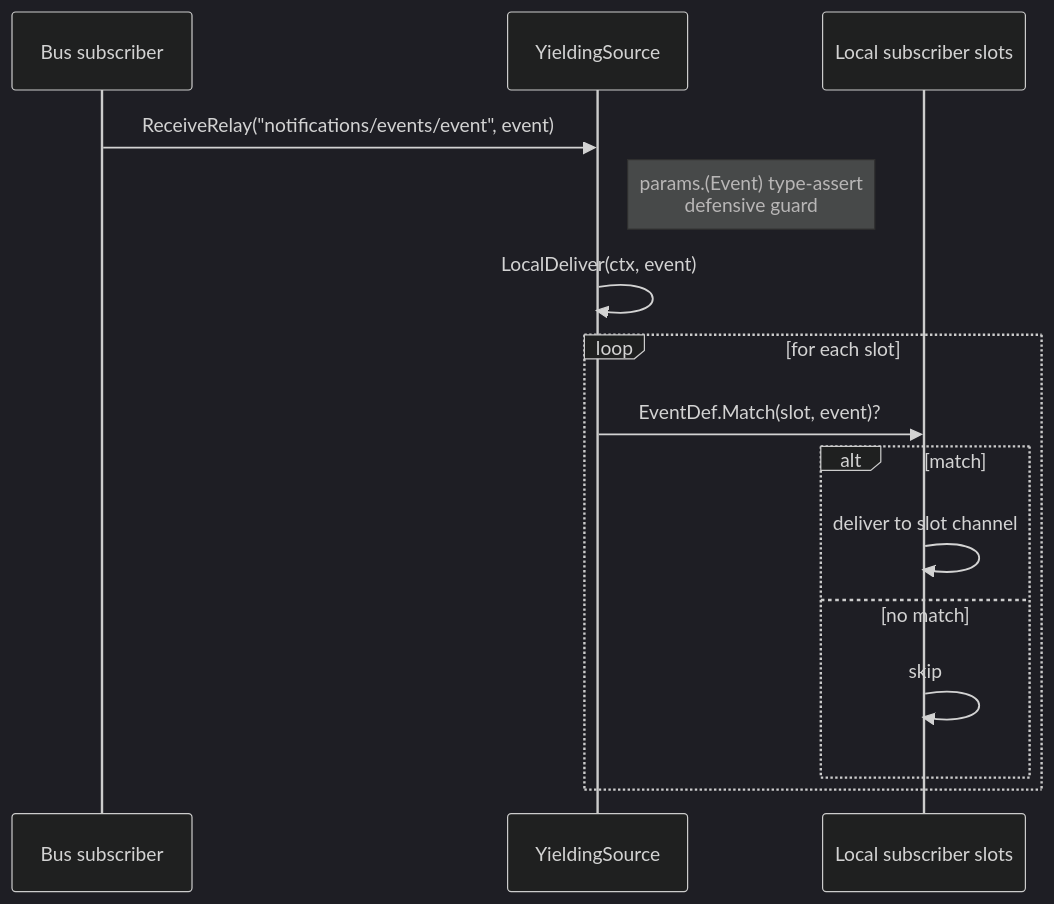
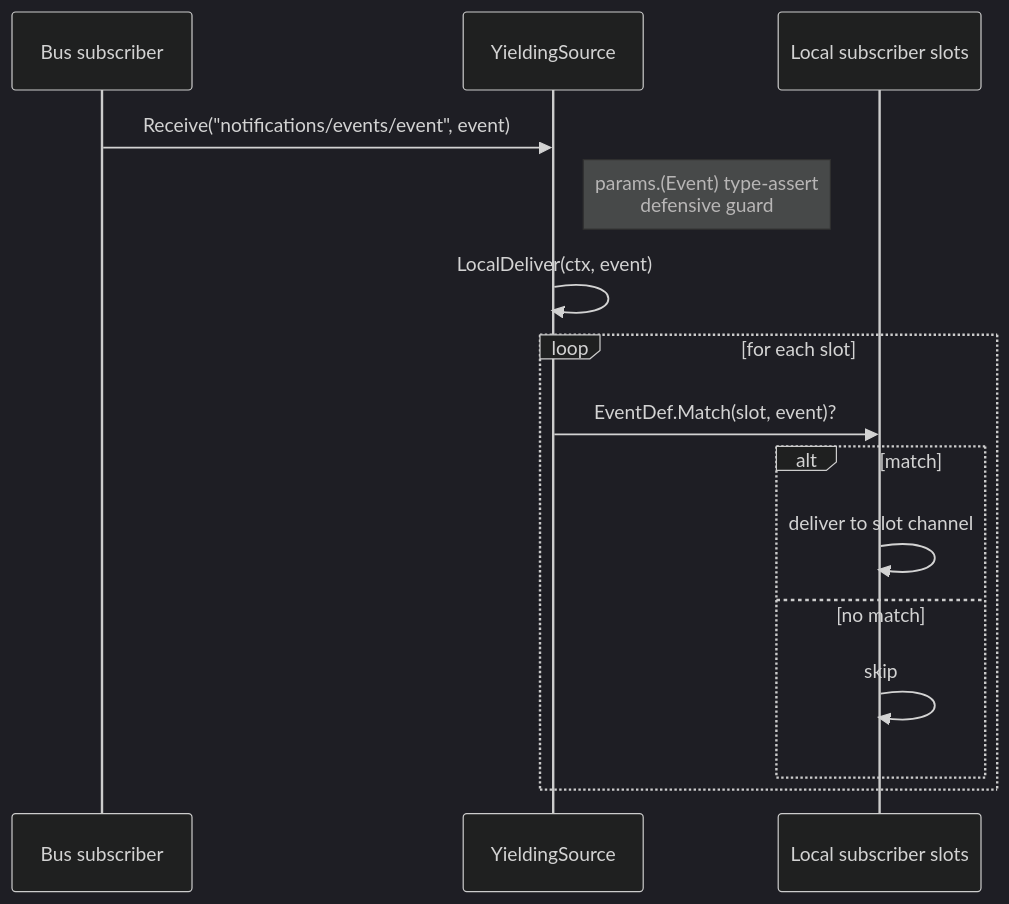
One commit to panyam/mcpkit changed the tenth of 22 diagrams in docs/MULTI_REPLICA.md. Above: the diagram before and after it, drawn with Mermaid (dark theme). The commit also changed other lines of this file and 15 other files, not shown here.

````diff
--- a/docs/MULTI_REPLICA.md
+++ b/docs/MULTI_REPLICA.md
@@ -271,18 +271,18 @@
 ```mermaid
 sequenceDiagram
     participant Bus as Bus subscriber
     participant Src as YieldingSource
     participant Slots as Local subscriber slots
 
-    Bus->>Src: ReceiveRelay("notifications/events/event", event)
+    Bus->>Src: Receive("notifications/events/event", event)
     Note right of Src: params.(Event) type-assert<br/>defensive guard
     Src->>Src: LocalDeliver(ctx, event)
     loop for each slot
         Src->>Slots: EventDef.Match(slot, event)?
         alt match
             Slots->>Slots: deliver to slot channel
         else no match
             Slots->>Slots: skip
         end
     end
 ```
````
